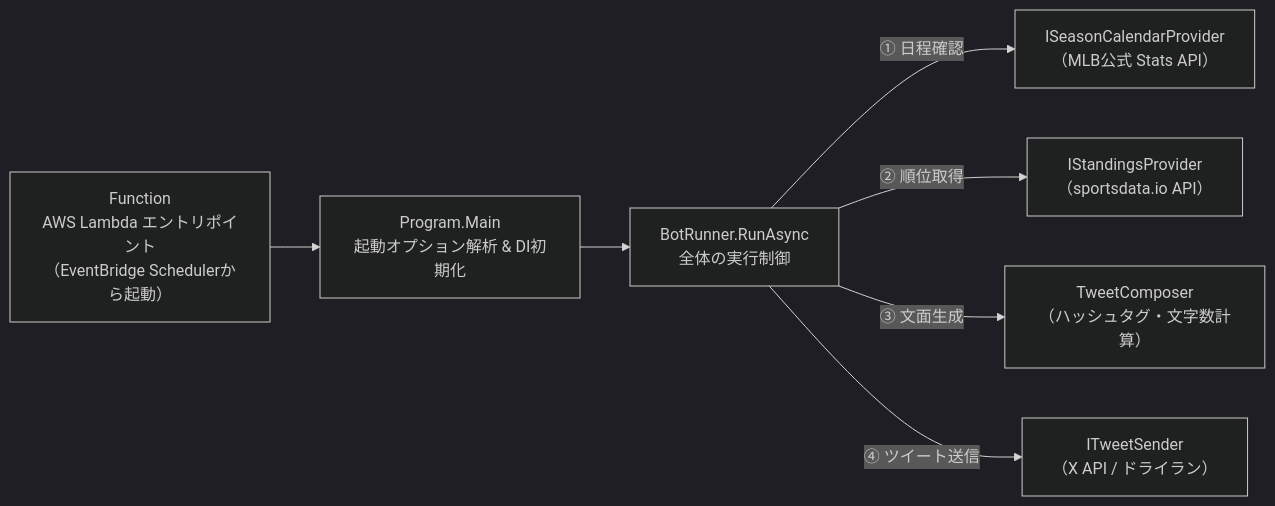
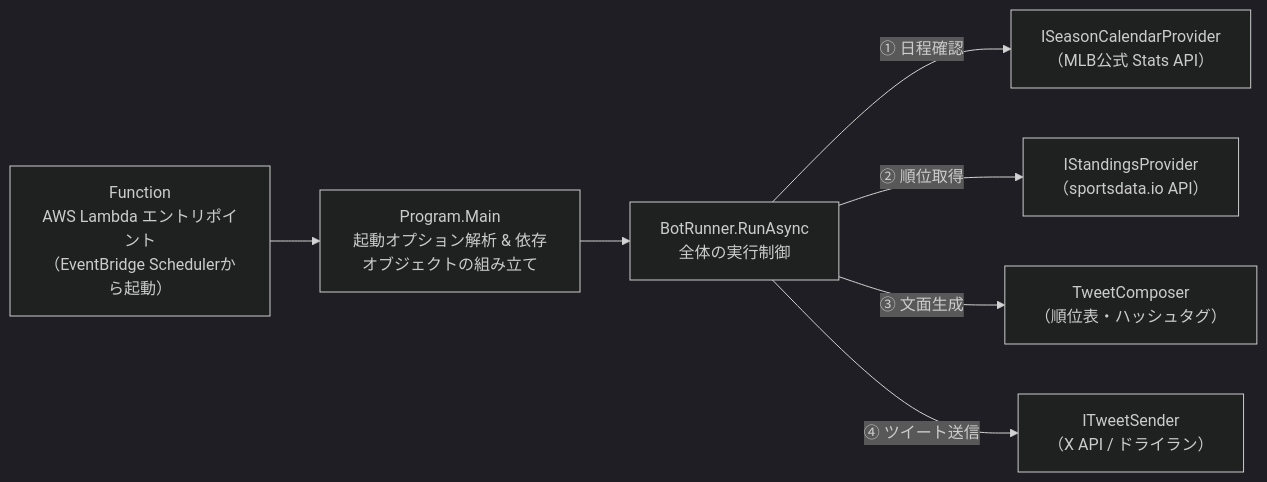
One commit to shin4488/MlbBot changed the second of 7 diagrams in docs/development.md. Above: the diagram before and after it, drawn with Mermaid (dark theme). The commit also changed other lines of this file and 14 other files, not shown here.

````diff
--- a/docs/development.md
+++ b/docs/development.md
@@ -90,13 +90,13 @@
 ```mermaid
 flowchart LR
-    F["Function<br>AWS Lambda エントリポイント<br>（EventBridge Schedulerから起動）"] --> P["Program.Main<br>起動オプション解析 & DI初期化"]
+    F["Function<br>AWS Lambda エントリポイント<br>（EventBridge Schedulerから起動）"] --> P["Program.Main<br>起動オプション解析 & 依存オブジェクトの組み立て"]
     P --> R["BotRunner.RunAsync<br>全体の実行制御"]
     R -->|① 日程確認| Cal["ISeasonCalendarProvider<br>（MLB公式 Stats API）"]
     R -->|② 順位取得| Std["IStandingsProvider<br>（sportsdata.io API）"]
-    R -->|③ 文面生成| Comp["TweetComposer<br>（ハッシュタグ・文字数計算）"]
+    R -->|③ 文面生成| Comp["TweetComposer<br>（順位表・ハッシュタグ）"]
     R -->|④ ツイート送信| Send["ITweetSender<br>（X API / ドライラン）"]
 
     click F "../TwitterMlbBotExecution/src/TwitterMlbBotExecution/Function.cs"
     click P "../TwitterMlbBot/Program.cs"
     click R "../TwitterMlbBot/BotRunner.cs"
 ```
````
